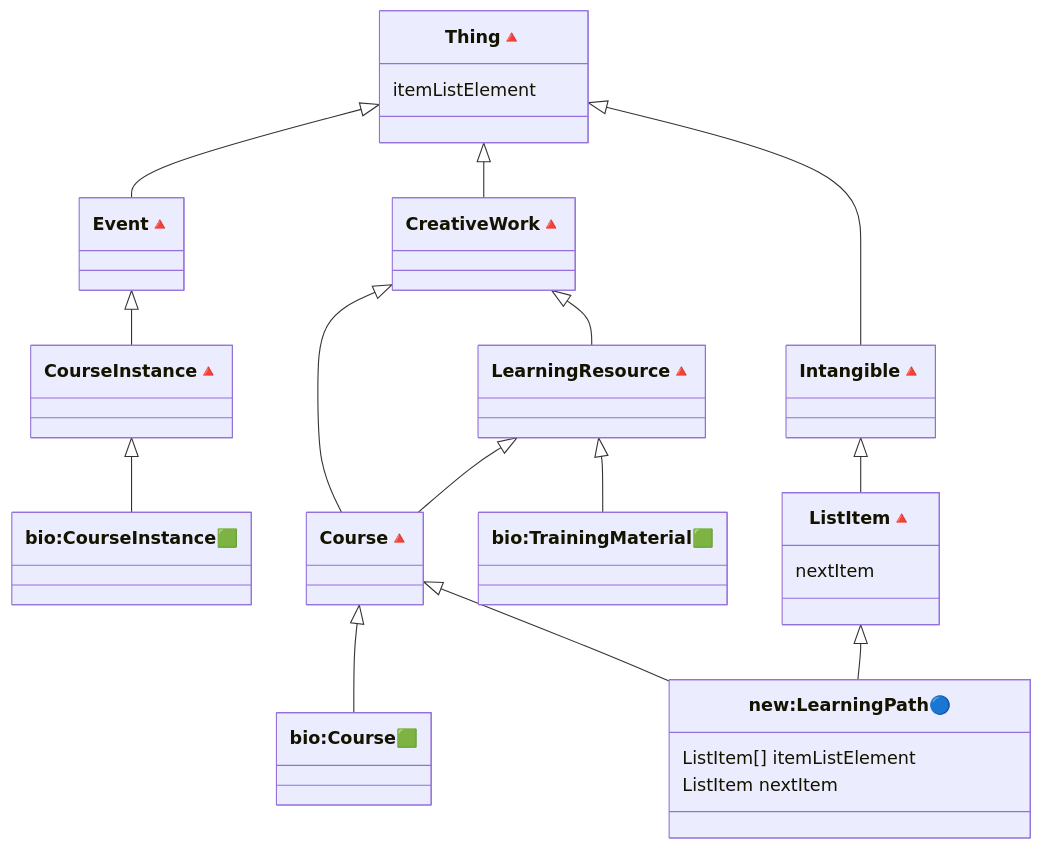
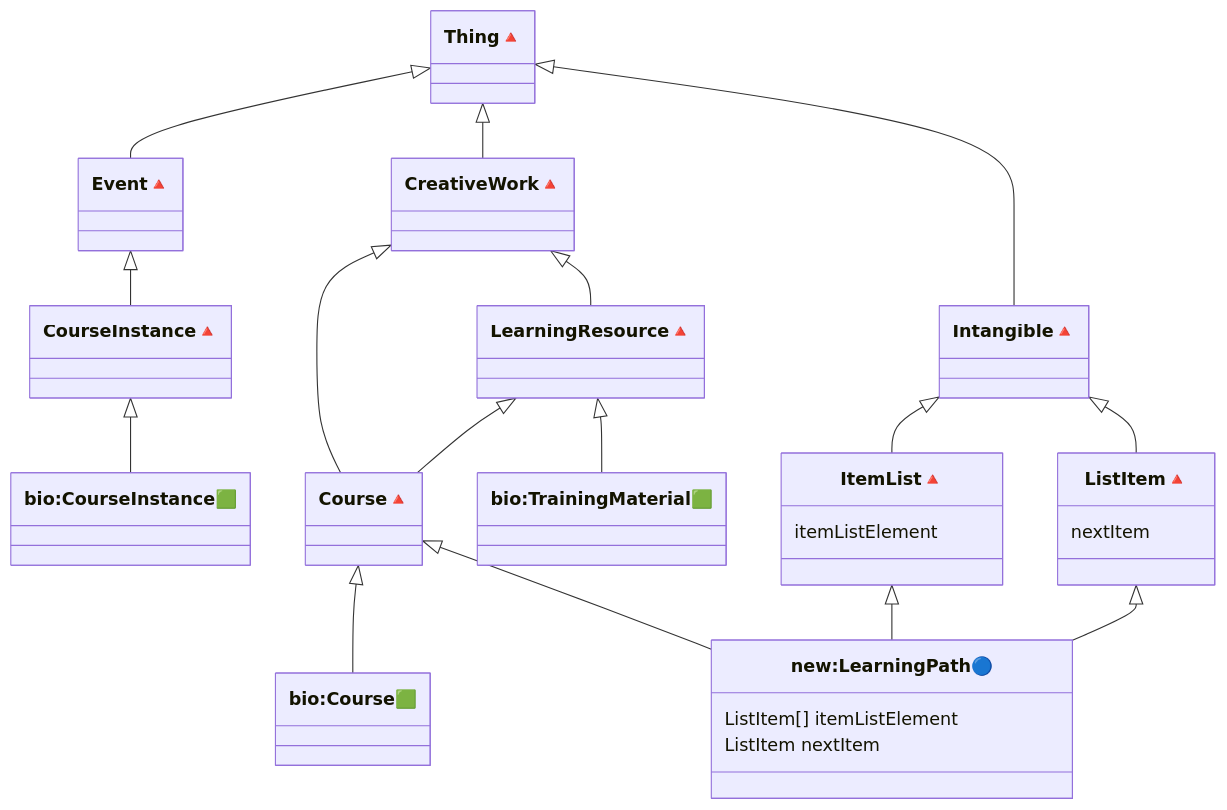
Before and after one commit to BioSchemas/LearningPath-sandbox: the sixth of 6 diagrams in README.md, drawn with Mermaid. The commit also changed other lines of this file, not shown here.

Commit message:
Add ItemList class and update relationships

````diff
--- a/README.md
+++ b/README.md
@@ -507,45 +511,49 @@
 ```mermaid
 classDiagram
 direction TB
     class CourseInstance["CourseInstance🔺"] {
     }
     class bio_CourseInstance["bio:CourseInstance🟩"] {
     }
     class bio_Course["bio:Course🟩"] {
     }
     class Course["Course🔺"] {
     }
     class new_LearningPath["new:LearningPath🔵"] {
 	    ListItem[] itemListElement
 	    ListItem nextItem
     }
     class LearningResource["LearningResource🔺"] {
     }
     class bio_TrainingMaterial["bio:TrainingMaterial🟩"] {
     }
+    class ItemList["ItemList🔺"] {
+	    itemListElement
+    }
     class ListItem["ListItem🔺"] {
 	    nextItem
     }
     class CreativeWork["CreativeWork🔺"] {
     }
     class Event["Event🔺"] {
     }
     class Intangible["Intangible🔺"] {
     }
     class Thing["Thing🔺"] {
-	    itemListElement
     }
     Course <|-- bio_Course
     Course <|-- new_LearningPath
+    ItemList <|-- new_LearningPath
     ListItem <|-- new_LearningPath
     CreativeWork <|-- LearningResource
     CreativeWork <|-- Course
     LearningResource <|-- Course
     Event <|-- CourseInstance
     CourseInstance <|-- bio_CourseInstance
     LearningResource <|-- bio_TrainingMaterial
     Thing <|-- Event
     Thing <|-- CreativeWork
     Intangible <|-- ListItem
+    Intangible <|-- ItemList
     Thing <|-- Intangible
 ```
````
